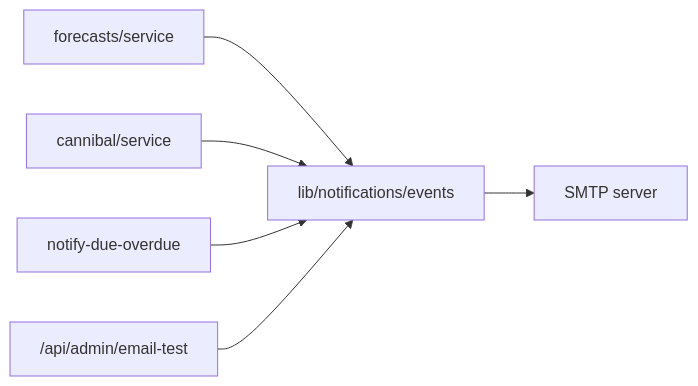
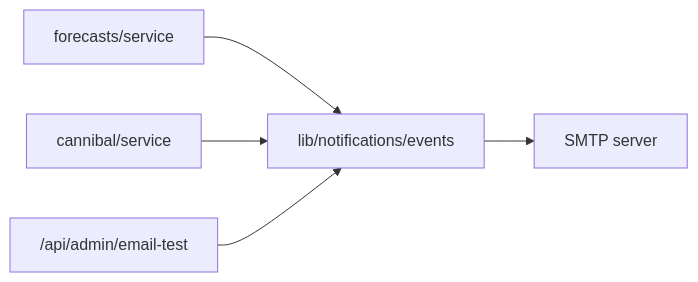
Before and after one commit to frizkyramadhan/arka-pcr-new: the third of 5 diagrams in docs/architecture.md, drawn with Mermaid. The commit also changed other lines of this file and 16 other files, not shown here.

````diff
--- a/docs/architecture.md
+++ b/docs/architecture.md
@@ -299,14 +299,12 @@
 ```mermaid
 flowchart LR
   ForecastSvc[forecasts/service]
   CannibalSvc[cannibal/service]
-  CronDue[notify-due-overdue]
   AdminTrial["/api/admin/email-test"]
   Events[lib/notifications/events]
   SMTP[SMTP server]
   ForecastSvc --> Events
   CannibalSvc --> Events
-  CronDue --> Events
   AdminTrial --> Events
   Events --> SMTP
 ```
````
